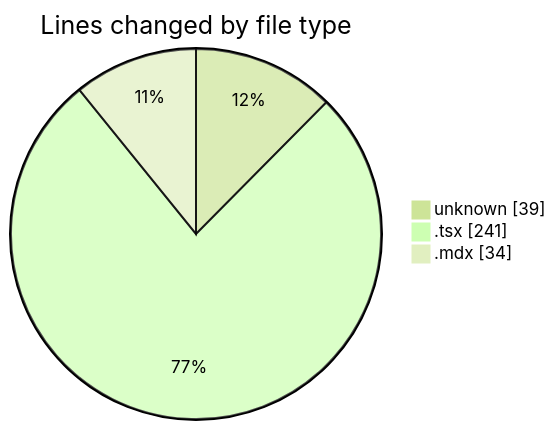
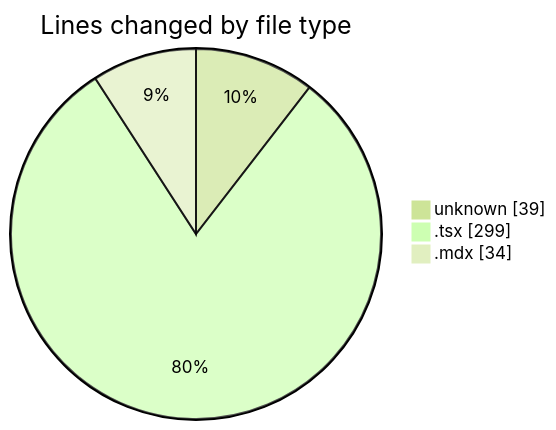
The first of 2 diagrams in 2025-05-24/elitesun/README.md (Elitesun/code-tracking), drawn with Mermaid (forest theme) before and after one commit. The commit also changed other lines of this file and 1 other file, not shown here.

````diff
--- a/2025-05-24/elitesun/README.md
+++ b/2025-05-24/elitesun/README.md
@@ -25,7 +25,7 @@
 ```mermaid
 pie showData
 title Lines changed by file type
 "unknown" : 39
-".tsx" : 241
+".tsx" : 299
 ".mdx" : 34
 ```
````
